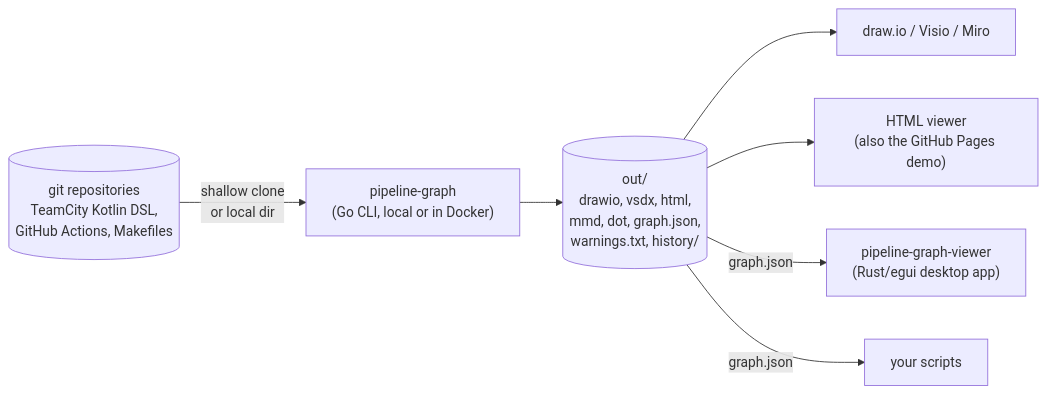
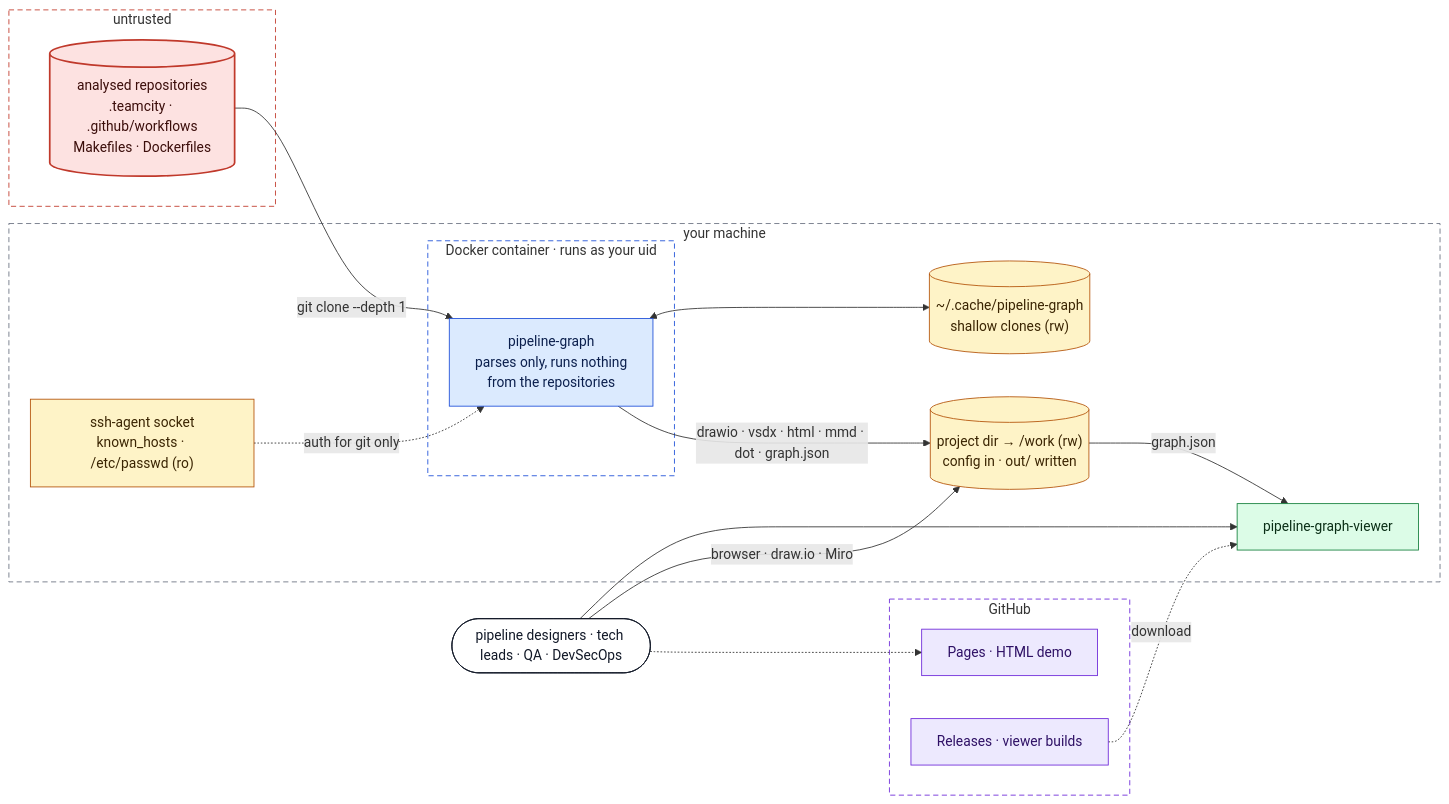
One commit to Avicted/tools.pipeline-graph changed the first of 10 diagrams in docs/architecture.md. Above: the diagram before and after it, drawn with Mermaid. The commit also changed other lines of this file, not shown here.

Commit message:
docs(architecture): redraw with trust boundaries, domain model, runtime and CI/CD

````diff
--- a/docs/architecture.md
+++ b/docs/architecture.md
@@ -15,17 +28,46 @@
 ```mermaid
 flowchart LR
-    repos[("git repositories<br/>TeamCity Kotlin DSL,<br/>GitHub Actions, Makefiles")]
-    cli["pipeline-graph<br/>(Go CLI, local or in Docker)"]
-    out[("out/<br/>drawio, vsdx, html,<br/>mmd, dot, graph.json,<br/>warnings.txt, history/")]
-    miro["draw.io / Visio / Miro"]
-    html["HTML viewer<br/>(also the GitHub Pages demo)"]
-    viewer["pipeline-graph-viewer<br/>(Rust/egui desktop app)"]
-    scripts["your scripts"]
+    users(["pipeline designers · tech leads · QA · DevSecOps"])
+    subgraph untrusted["untrusted"]
+        repos[("analysed repositories<br/>.teamcity · .github/workflows<br/>Makefiles · Dockerfiles")]
+    end
+    subgraph host["your machine"]
+        subgraph box["Docker container · runs as your uid"]
+            cli["pipeline-graph<br/>parses only, runs nothing<br/>from the repositories"]
+        end
+        creds["ssh-agent socket<br/>known_hosts · /etc/passwd (ro)"]
+        cache[("~/.cache/pipeline-graph<br/>shallow clones (rw)")]
+        out[("project dir → /work (rw)<br/>config in · out/ written")]
+        viewer["pipeline-graph-viewer"]
+    end
+    subgraph gh["GitHub"]
+        pages["Pages · HTML demo"]
+        rel["Releases · viewer builds"]
+    end
+    repos -- "git clone --depth 1" --> cli
+    creds -. "auth for git only" .-> cli
+    cli <--> cache
+    cli -- "drawio · vsdx · html · mmd · dot · graph.json" --> out
+    out -- "graph.json" --> viewer
+    rel -. "download" .-> viewer
+    users --> viewer
+    users -- "browser · draw.io · Miro" --> out
+    users -.-> pages
 
-    repos -- "shallow clone<br/>or local dir" --> cli
-    cli --> out
-    out --> miro
-    out --> html
-    out -- "graph.json" --> viewer
-    out -- "graph.json" --> scripts
+    classDef untrusted fill:#fde2e1,stroke:#c0392b,color:#3b0d0a,stroke-width:2px
+    classDef go fill:#dbeafe,stroke:#1d4ed8,color:#0b1f4d
+    classDef data fill:#fef3c7,stroke:#b45309,color:#3a2402
+    classDef rust fill:#dcfce7,stroke:#15803d,color:#0a2e16
+    classDef hosted fill:#ede9fe,stroke:#6d28d9,color:#2e1065
+    classDef actor fill:#ffffff,stroke:#111827,color:#111827
+    class repos untrusted
+    class cli go
+    class creds,cache,out data
+    class viewer rust
+    class pages,rel hosted
+    class users actor
+    style untrusted fill:none,stroke:#c0392b,stroke-dasharray:6 4
+    style host fill:none,stroke:#6b7280,stroke-dasharray:6 4
+    style box fill:none,stroke:#1d4ed8,stroke-dasharray:6 4
+    style gh fill:none,stroke:#6d28d9,stroke-dasharray:6 4
 ```
````
